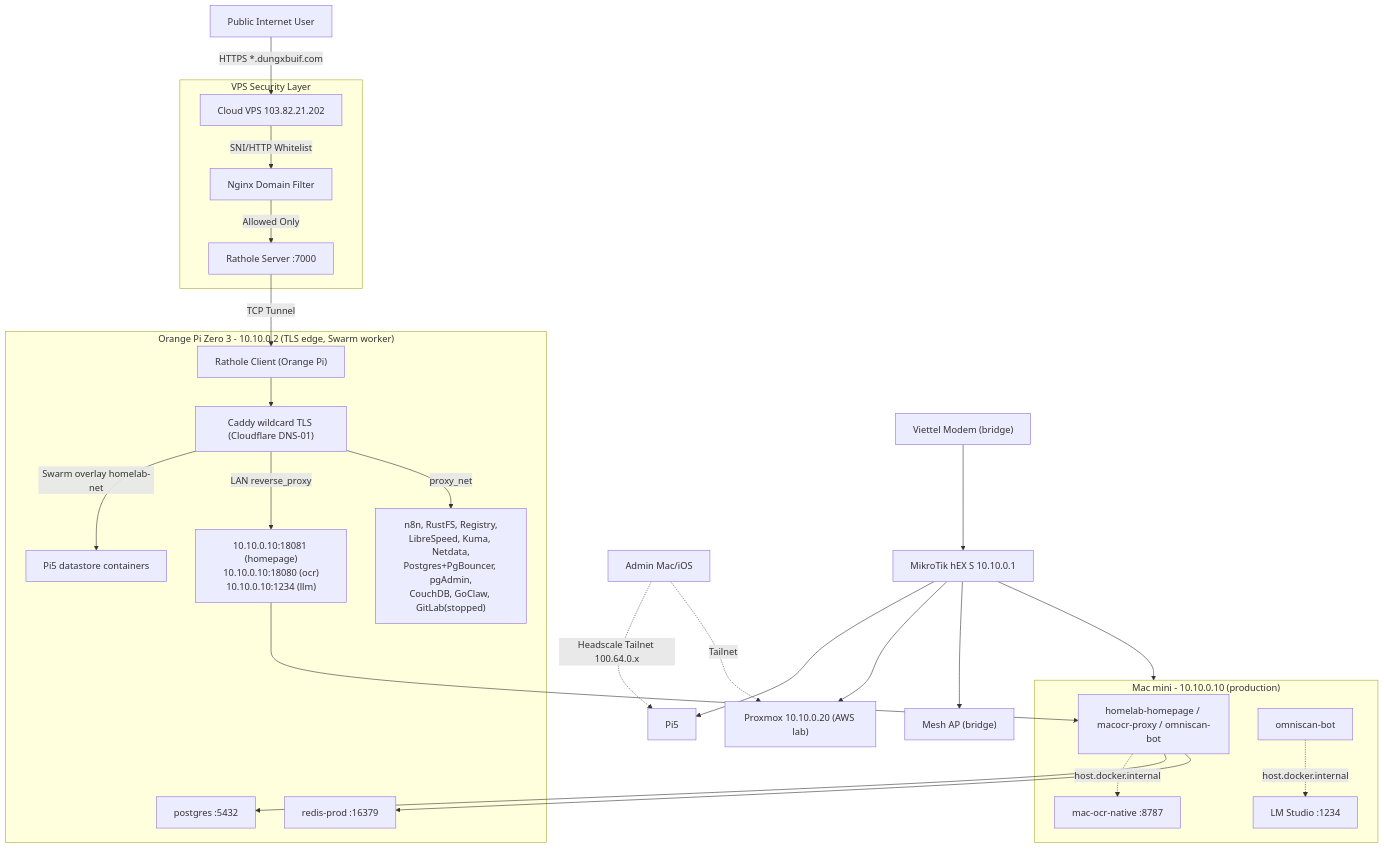
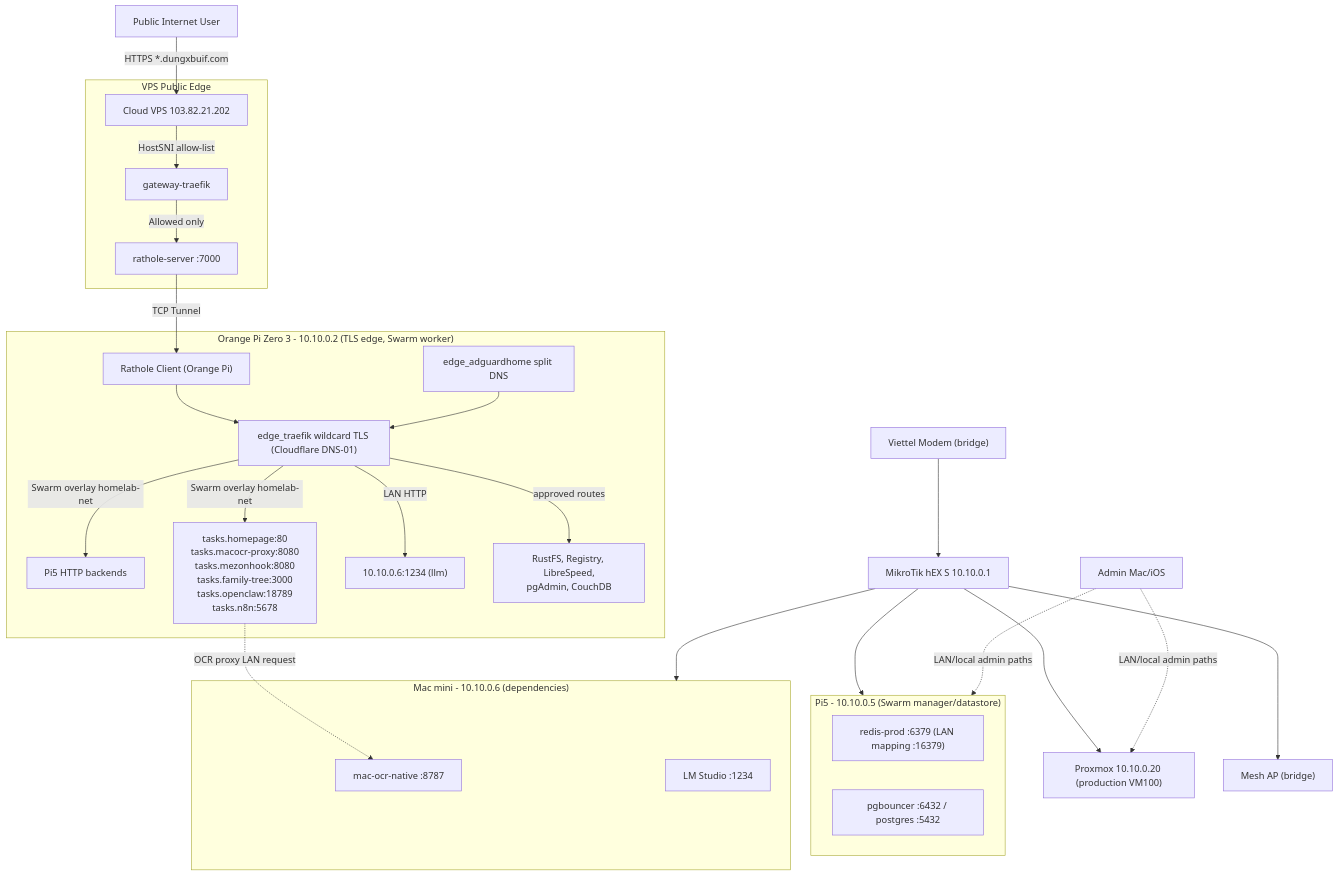
Before and after one commit to dungxbuif/Homelab: the diagram in docs/MAIN.md, drawn with Mermaid. The commit also changed other lines of this file and 94 other files, not shown here.

Commit message:
docs: refresh homelab stack and relayhub foundation

````diff
--- a/docs/MAIN.md
+++ b/docs/MAIN.md
@@ -86,37 +60,38 @@
 ```mermaid
 graph TD
     Internet["Public Internet User"] -->|HTTPS *.dungxbuif.com| VPS["Cloud VPS 103.82.21.202"]
-    subgraph VPS_Security ["VPS Security Layer"]
-        VPS -->|SNI/HTTP Whitelist| Nginx["Nginx Domain Filter"]
-        Nginx -->|Allowed Only| RatholeServer["Rathole Server :7000"]
+    subgraph VPS_Security ["VPS Public Edge"]
+        VPS -->|HostSNI allow-list| GatewayTraefik["gateway-traefik"]
+        GatewayTraefik -->|Allowed only| RatholeServer["rathole-server :7000"]
     end
     RatholeServer -->|TCP Tunnel| RatholeClient["Rathole Client (Orange Pi)"]
 
     subgraph OrangePi ["Orange Pi Zero 3 - 10.10.0.2 (TLS edge, Swarm worker)"]
-        RatholeClient --> Caddy["Caddy wildcard TLS (Cloudflare DNS-01)"]
-        Caddy -->|Swarm overlay homelab-net| Pi5Backends["Pi5 datastore containers"]
-        Caddy -->|LAN reverse_proxy| MacPorts["10.10.0.10:18081 (homepage)<br/>10.10.0.10:18080 (ocr)<br/>10.10.0.10:1234 (llm)"]
-        Caddy -->|proxy_net| Pi5Apps["n8n, RustFS, Registry,<br/>LibreSpeed, Kuma, Netdata,<br/>Postgres+PgBouncer, pgAdmin,<br/>CouchDB, GoClaw, GitLab(stopped)"]
-        Pi5Redis["redis-prod :16379"]
-        Pi5Pg["postgres :5432"]
+        RatholeClient --> EdgeTraefik["edge_traefik wildcard TLS (Cloudflare DNS-01)"]
+        EdgeTraefik -->|Swarm overlay homelab-net| Pi5Backends["Pi5 HTTP backends"]
+        EdgeTraefik -->|Swarm overlay homelab-net| VM100Swarm["tasks.homepage:80<br/>tasks.macocr-proxy:8080<br/>tasks.mezonhook:8080<br/>tasks.family-tree:3000<br/>tasks.openclaw:18789<br/>tasks.n8n:5678"]
+        EdgeTraefik -->|LAN HTTP| MacDeps["10.10.0.6:1234 (llm)"]
+        EdgeTraefik -->|approved routes| Pi5Apps["RustFS, Registry, LibreSpeed,<br/>pgAdmin, CouchDB"]
+        SplitDNS["edge_adguardhome split DNS"] --> EdgeTraefik
     end
 
-    subgraph Mac ["Mac mini - 10.10.0.10 (production)"]
-        MacPorts --> MacStack["homelab-homepage / macocr-proxy / omniscan-bot"]
+    subgraph Pi5 ["Pi5 - 10.10.0.5 (Swarm manager/datastore)"]
+        Pi5Redis["redis-prod :6379 (LAN mapping :16379)"]
+        Pi5Pg["pgbouncer :6432 / postgres :5432"]
+    end
+
+    subgraph Mac ["Mac mini - 10.10.0.6 (dependencies)"]
         NativeOCR["mac-ocr-native :8787"]
         LMStudio["LM Studio :1234"]
-        MacStack -.->|host.docker.internal| NativeOCR
-        omniscanBot["omniscan-bot"] -.->|host.docker.internal| LMStudio
     end
-    MacStack --> Pi5Pg
-    MacStack --> Pi5Redis
+    VM100Swarm -.->|OCR proxy LAN request| NativeOCR
 
     Modem["Viettel Modem (bridge)"] --> MikroTik["MikroTik hEX S 10.10.0.1"]
     MikroTik --> Pi5
     MikroTik --> Mac
-    MikroTik --> Proxmox["Proxmox 10.10.0.20 (AWS lab)"]
+    MikroTik --> Proxmox["Proxmox 10.10.0.20 (production VM100)"]
     MikroTik --> MeshAP["Mesh AP (bridge)"]
 
-    Admin["Admin Mac/iOS"] -.->|Headscale Tailnet 100.64.0.x| Pi5
-    Admin -.->|Tailnet| Proxmox
+    Admin["Admin Mac/iOS"] -.->|LAN/local admin paths| Pi5
+    Admin -.->|LAN/local admin paths| Proxmox
 ```
````
